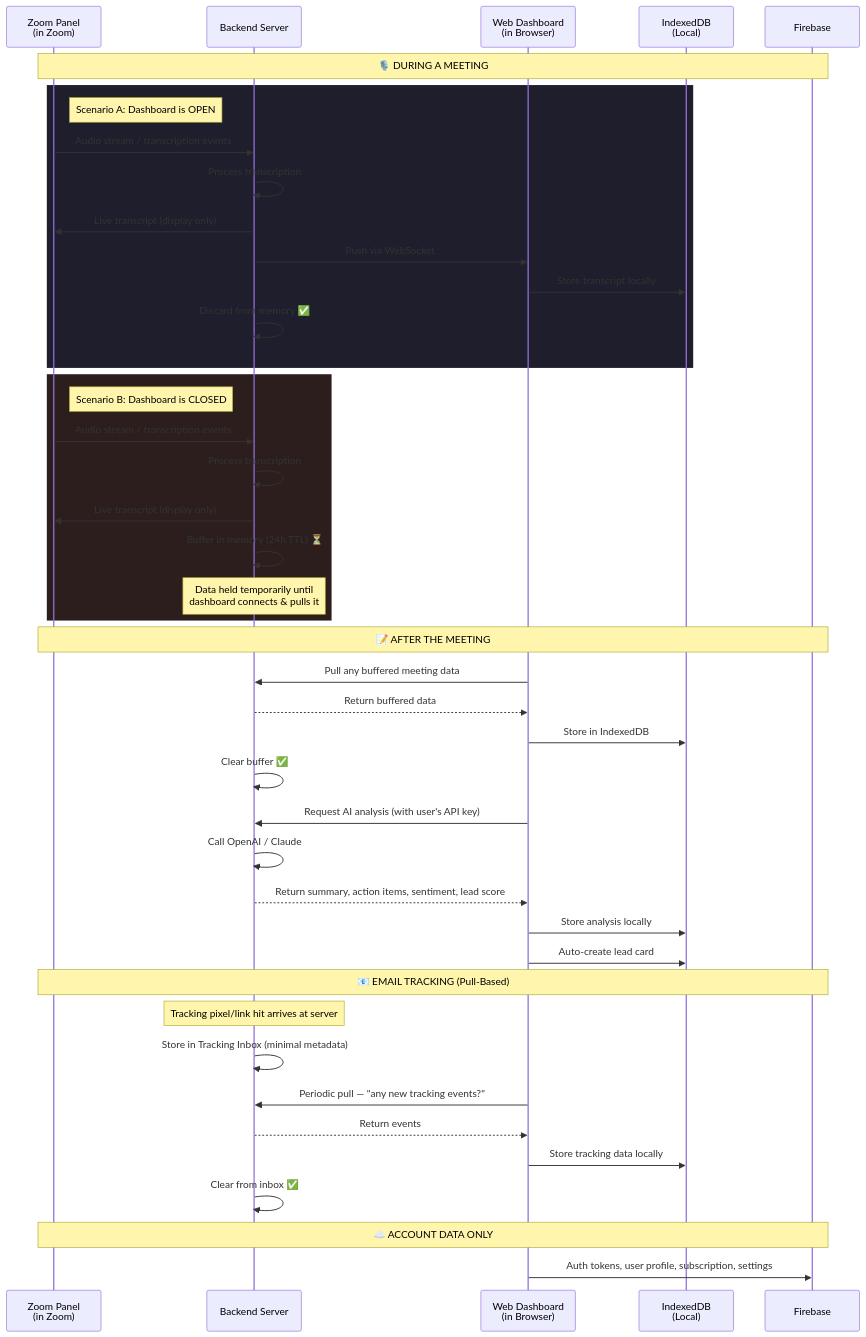
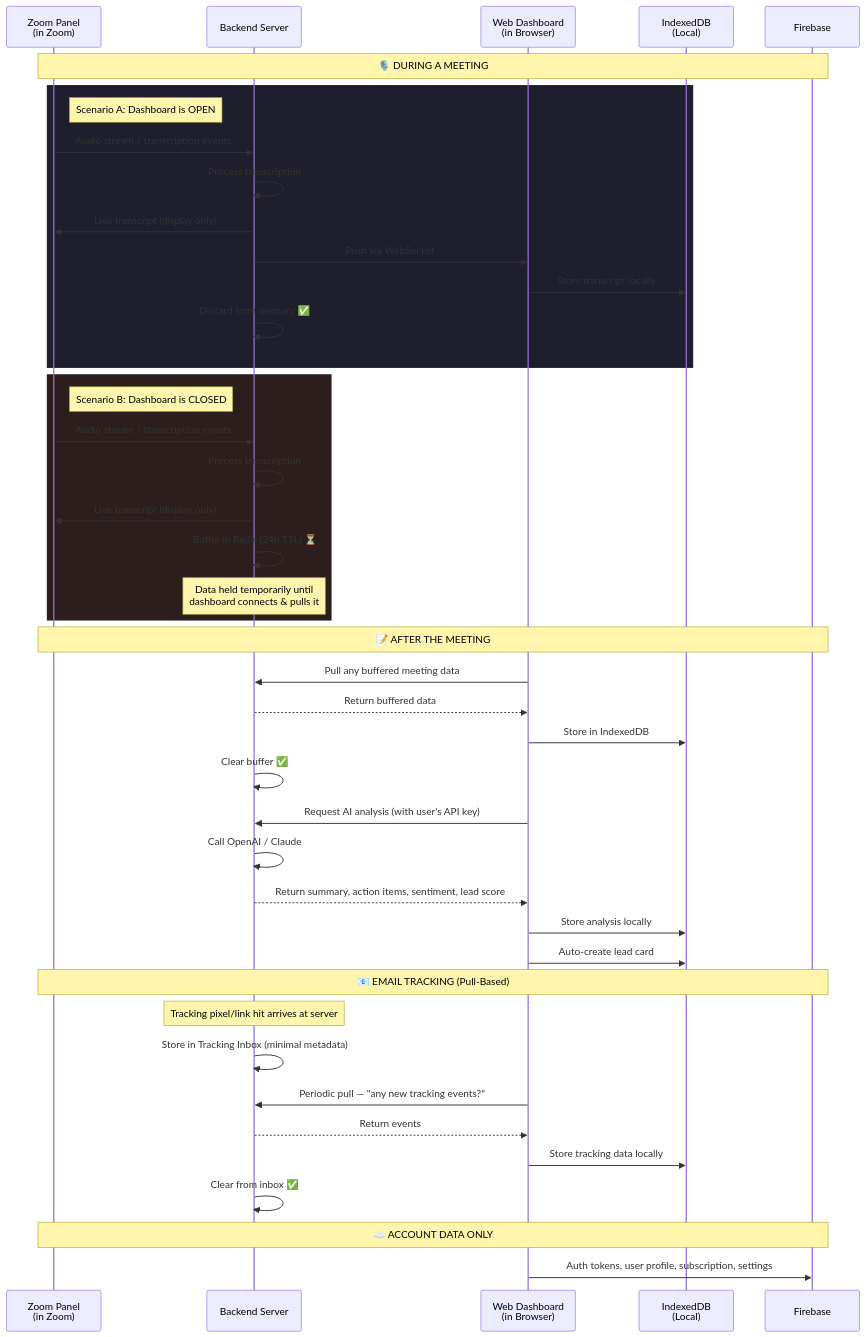
The second of 4 diagrams in README.md (akshatsha5ill/dealforge), drawn with Mermaid before and after one commit. The commit also changed other lines of this file and 170 other files, not shown here.

````diff
--- a/README.md
+++ b/README.md
@@ -118,54 +118,54 @@
 ```mermaid
 sequenceDiagram
     participant ZP as Zoom Panel<br/>(in Zoom)
     participant S as Backend Server
     participant WD as Web Dashboard<br/>(in Browser)
     participant L as IndexedDB<br/>(Local)
     participant F as Firebase
 
     Note over ZP,F: 🎙️ DURING A MEETING
 
     rect rgb(30, 30, 45)
         Note right of ZP: Scenario A: Dashboard is OPEN
         ZP->>S: Audio stream / transcription events
         S->>S: Process transcription
         S->>ZP: Live transcript (display only)
         S->>WD: Push via WebSocket
         WD->>L: Store transcript locally
         S->>S: Discard from memory ✅
     end
 
     rect rgb(45, 30, 30)
         Note right of ZP: Scenario B: Dashboard is CLOSED
         ZP->>S: Audio stream / transcription events
         S->>S: Process transcription
         S->>ZP: Live transcript (display only)
-        S->>S: Buffer in memory (24h TTL) ⏳
+        S->>S: Buffer in Redis (24h TTL) ⏳
         Note over S: Data held temporarily until<br/>dashboard connects & pulls it
     end
 
     Note over ZP,F: 📝 AFTER THE MEETING
 
     WD->>S: Pull any buffered meeting data
     S-->>WD: Return buffered data
     WD->>L: Store in IndexedDB
     S->>S: Clear buffer ✅
 
     WD->>S: Request AI analysis (with user's API key)
     S->>S: Call OpenAI / Claude
     S-->>WD: Return summary, action items, sentiment, lead score
     WD->>L: Store analysis locally
     WD->>L: Auto-create lead card
 
     Note over ZP,F: 📧 EMAIL TRACKING (Pull-Based)
 
     Note over S: Tracking pixel/link hit arrives at server
     S->>S: Store in Tracking Inbox (minimal metadata)
     WD->>S: Periodic pull — "any new tracking events?"
     S-->>WD: Return events
     WD->>L: Store tracking data locally
     S->>S: Clear from inbox ✅
 
     Note over ZP,F: ☁️ ACCOUNT DATA ONLY
     WD->>F: Auth tokens, user profile, subscription, settings
 ```
````
